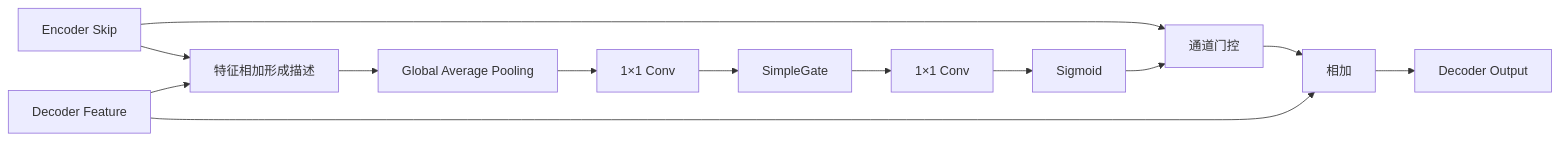
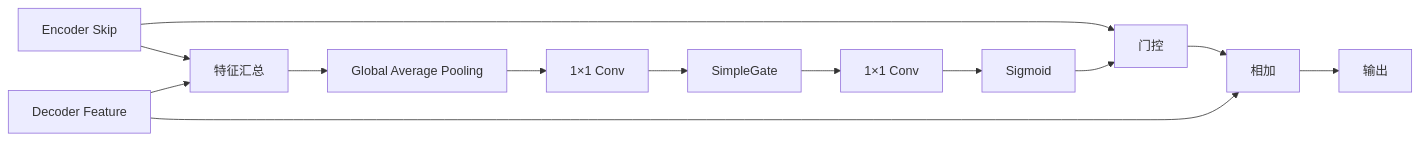
One commit to deathend110/BARU_Unet changed the fifth of 8 diagrams in NAFNet模型改进建议.md. Above: the diagram before and after it, drawn with Mermaid. The commit also changed other lines of this file, not shown here.

````diff
--- a/NAFNet模型改进建议.md
+++ b/NAFNet模型改进建议.md
@@ -439,15 +528,15 @@
 ```mermaid
 flowchart LR
-    E[Encoder Skip] --> S[特征相加形成描述]
+    E[Encoder Skip] --> S[特征汇总]
     D[Decoder Feature] --> S
     S --> GAP[Global Average Pooling]
     GAP --> C1[1×1 Conv]
     C1 --> SG[SimpleGate]
     SG --> C2[1×1 Conv]
     C2 --> SIG[Sigmoid]
-    E --> MUL[通道门控]
+    E --> MUL[门控]
     SIG --> MUL
     MUL --> ADD[相加]
     D --> ADD
-    ADD --> O[Decoder Output]
+    ADD --> O[输出]
 ```
````
